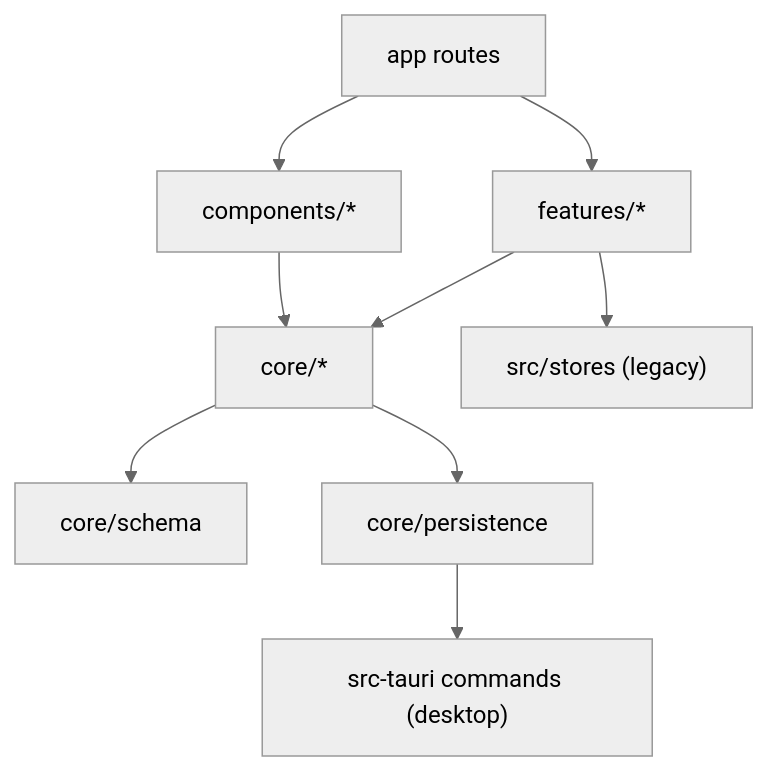
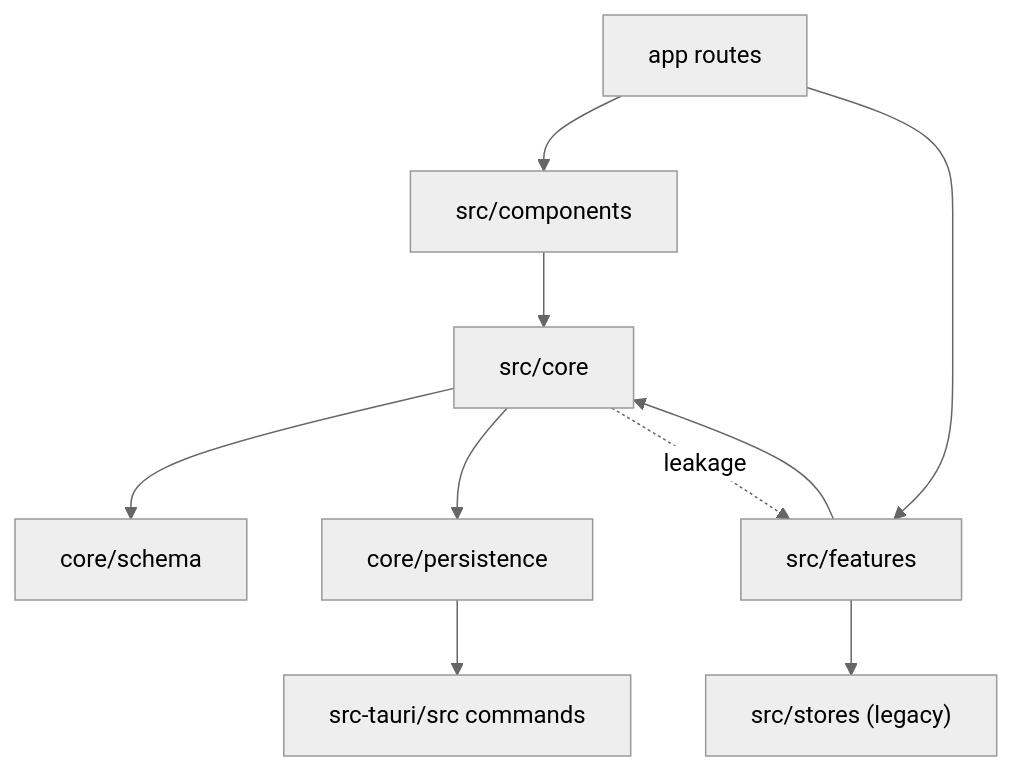
The diagram in docs/ARCHITECTURE.md (engryamato/HVAC_Canvas_App), drawn with Mermaid (neutral theme) before and after one commit. The commit also changed other lines of this file and 2 other files, not shown here.

````diff
--- a/docs/ARCHITECTURE.md
+++ b/docs/ARCHITECTURE.md
@@ -39,11 +46,12 @@
 ```mermaid
 graph TD
-    app["app routes"] --> features["features/*"]
-    app --> components["components/*"]
-    features --> core["core/*"]
+    app["app routes"] --> components["src/components"]
+    app --> features["src/features"]
+    features --> core["src/core"]
     components --> core
+    features --> storesLegacy["src/stores (legacy)"]
     core --> schema["core/schema"]
     core --> persistence["core/persistence"]
-    persistence --> tauri["src-tauri commands (desktop)"]
-    features --> storesLegacy["src/stores (legacy)"]
+    persistence --> tauri["src-tauri/src commands"]
+    core -. leakage .-> features
 ```
````
